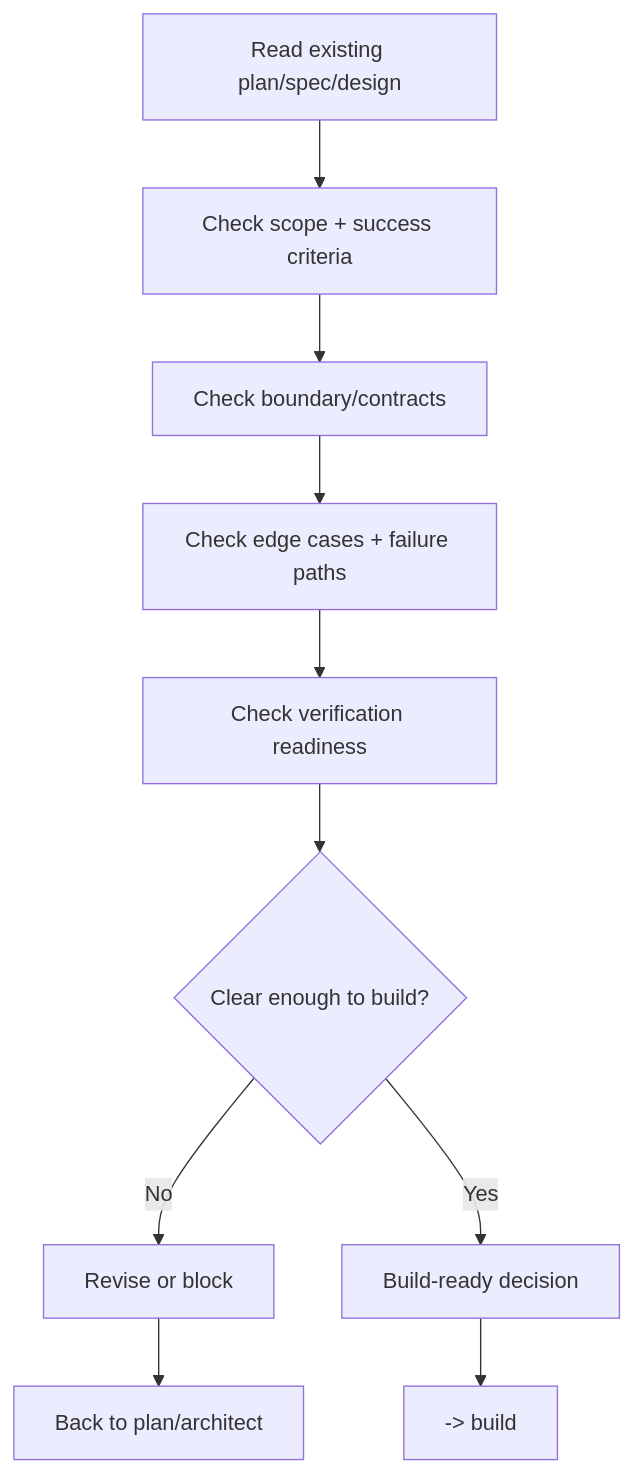
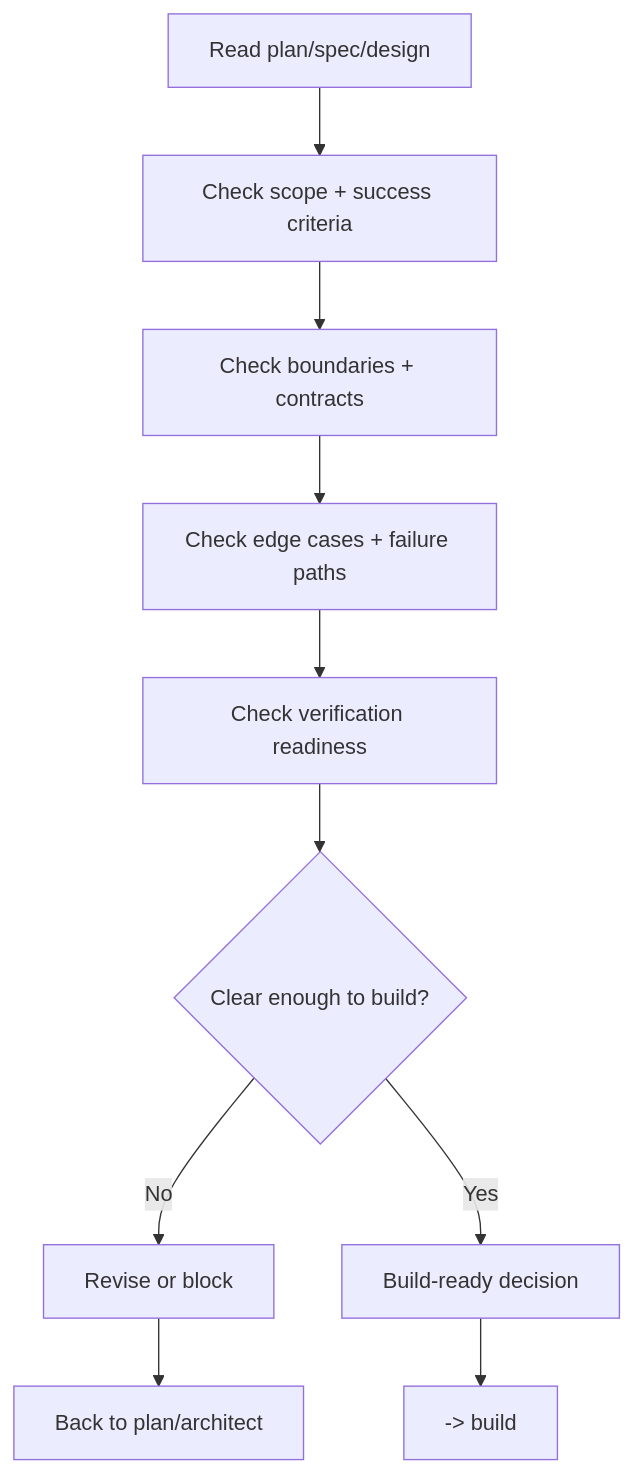
One commit to nguyenphat57/forge changed the diagram in packages/forge-core/workflows/design/spec-review.md. Above: the diagram before and after it, drawn with Mermaid. The commit also changed other lines of this file and 59 other files, not shown here.

````diff
--- a/packages/forge-core/workflows/design/spec-review.md
+++ b/packages/forge-core/workflows/design/spec-review.md
@@ -41,12 +41,12 @@
 ```mermaid
 flowchart TD
-    A[Read existing plan/spec/design] --> B[Check scope + success criteria]
-    B --> C[Check boundary/contracts]
+    A[Read plan/spec/design] --> B[Check scope + success criteria]
+    B --> C[Check boundaries + contracts]
     C --> D[Check edge cases + failure paths]
     D --> E[Check verification readiness]
     E --> F{Clear enough to build?}
     F -->|No| G[Revise or block]
     F -->|Yes| H[Build-ready decision]
     G --> I[Back to plan/architect]
     H --> J[-> build]
 ```
````
